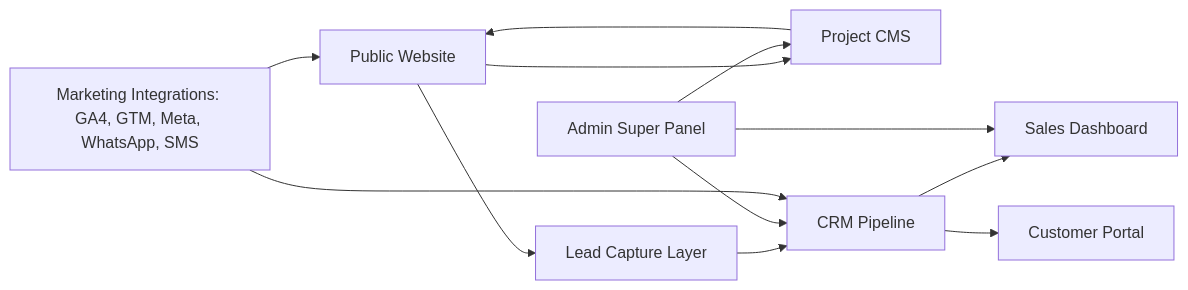
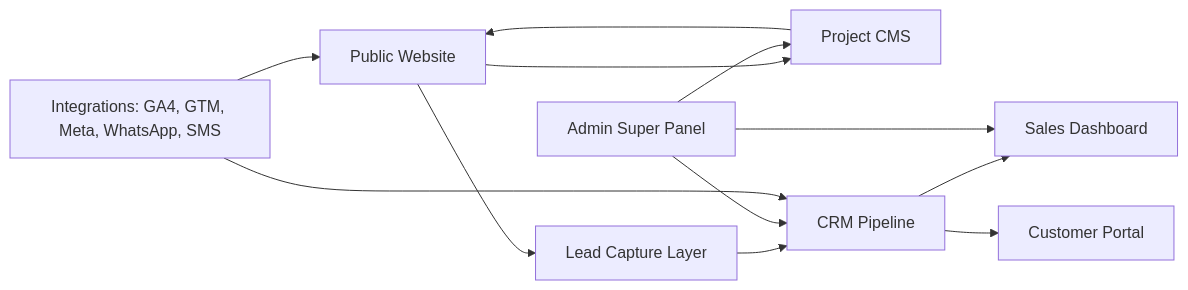
One commit to likhon29/advance-landmark-limited changed the first of 9 diagrams in README.md. Above: the diagram before and after it, drawn with Mermaid. The commit also changed other lines of this file, not shown here.

````diff
--- a/README.md
+++ b/README.md
@@ -90,14 +178,14 @@
 ```mermaid
 flowchart LR
     A[Public Website] --> B[Lead Capture Layer]
     A --> C[Project CMS]
     B --> D[CRM Pipeline]
     D --> E[Sales Dashboard]
     C --> A
     D --> F[Customer Portal]
     G[Admin Super Panel] --> C
     G --> D
     G --> E
-    H[Marketing Integrations: GA4, GTM, Meta, WhatsApp, SMS] --> A
+    H[Integrations: GA4, GTM, Meta, WhatsApp, SMS] --> A
     H --> D
 ```
````
